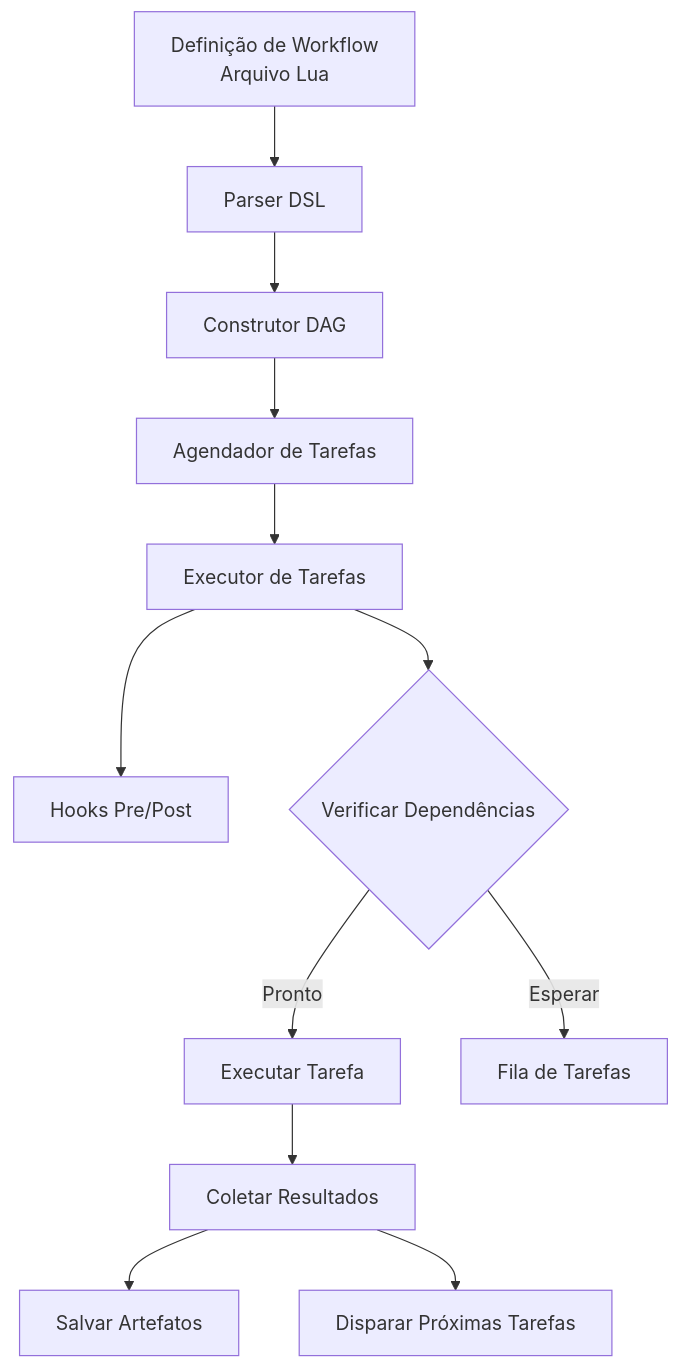
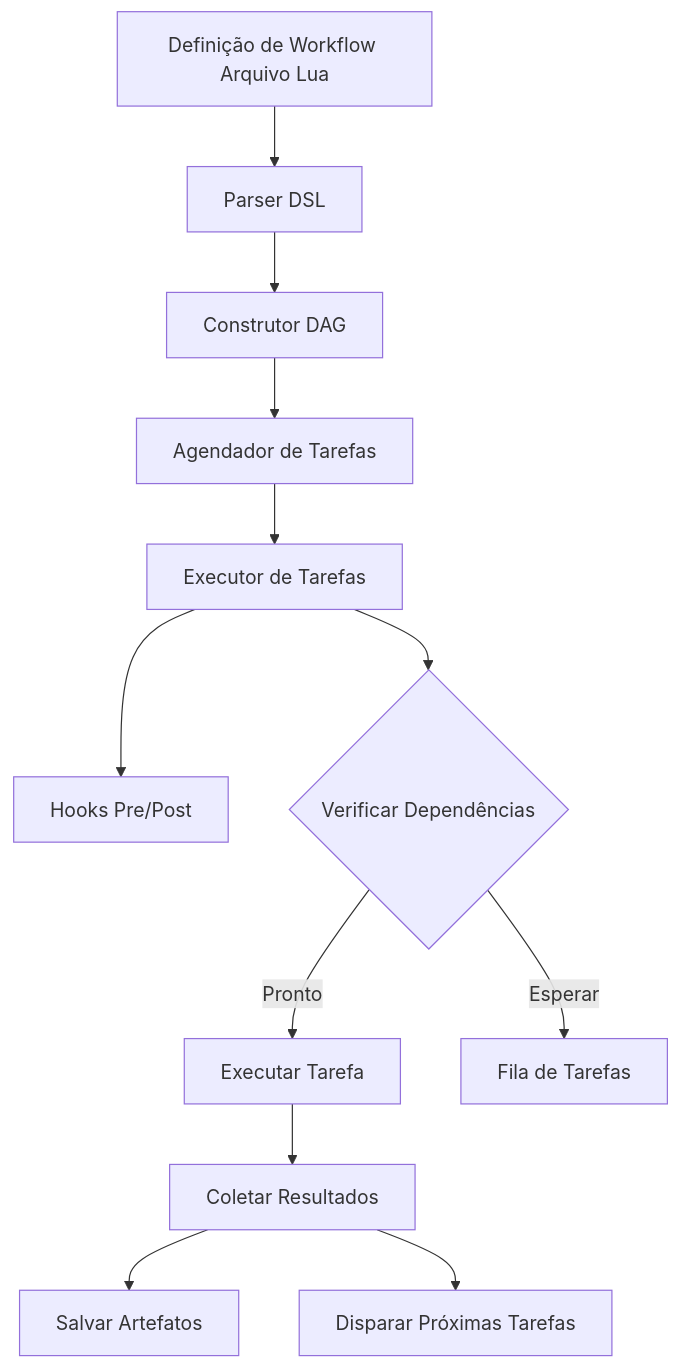
One commit to chalkan3-sloth/sloth-runner changed the third of 15 diagrams in docs/pt/architecture.md. Above: the diagram before and after it, drawn with Mermaid. The commit also changed other lines of this file and 1 other file, not shown here.

First line of the commit message:
fix: Fix Mermaid diagram syntax errors for compatibility

````diff
--- a/docs/pt/architecture.md
+++ b/docs/pt/architecture.md
@@ -178,16 +178,16 @@
 ```mermaid
 graph TD
-    WorkflowDef[Definição de Workflow<br/>Arquivo Lua] --> Parser[Parser DSL]
+    WorkflowDef[Definição de Workflow Arquivo Lua] --> Parser[Parser DSL]
     Parser --> DAG[Construtor DAG]
     DAG --> Scheduler[Agendador de Tarefas]
     Scheduler --> Executor[Executor de Tarefas]
 
     Executor --> Hooks[Hooks Pre/Post]
     Executor --> StateCheck{Verificar Dependências}
     StateCheck -->|Pronto| Execute[Executar Tarefa]
     StateCheck -->|Esperar| Queue[Fila de Tarefas]
 
     Execute --> Results[Coletar Resultados]
     Results --> Artifacts[Salvar Artefatos]
     Results --> NextTasks[Disparar Próximas Tarefas]
 ```
````
